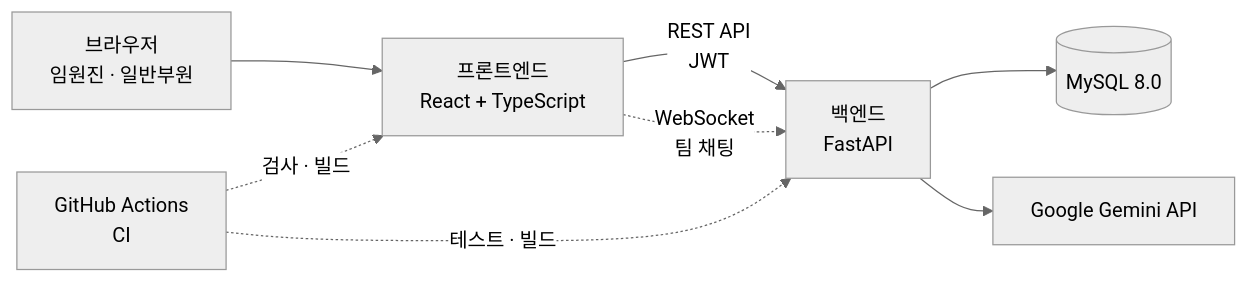
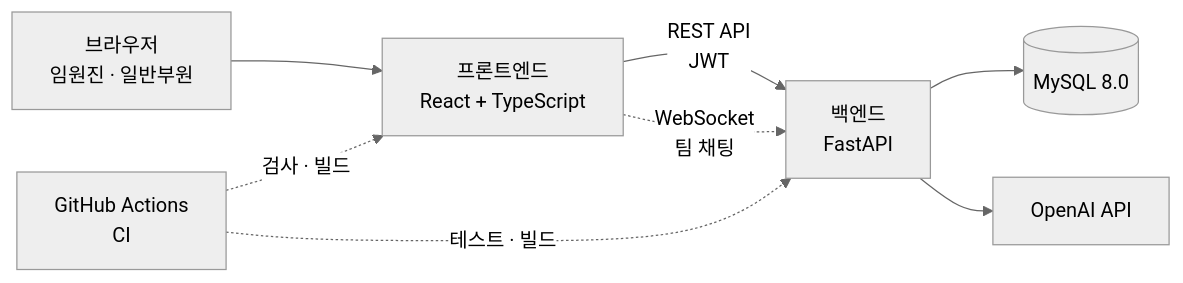
The second of 2 diagrams in README.md (Opal1031/PKNU_SE_CERT-IS_Scheduler), drawn with Mermaid (neutral theme) before and after one commit. The commit also changed other lines of this file and 12 other files, not shown here.

````diff
--- a/README.md
+++ b/README.md
@@ -153,10 +153,10 @@
 ```mermaid
 flowchart LR
     U["브라우저<br/>임원진 · 일반부원"] --> FE["프론트엔드<br/>React + TypeScript"]
     FE -- "REST API<br/>JWT" --> BE["백엔드<br/>FastAPI"]
     FE -. "WebSocket<br/>팀 채팅" .-> BE
     BE --> DB[("MySQL 8.0")]
-    BE --> AI["Google Gemini API"]
+    BE --> AI["OpenAI API"]
     GH["GitHub Actions<br/>CI"] -. "테스트 · 빌드" .-> BE
     GH -. "검사 · 빌드" .-> FE
 ```
````
